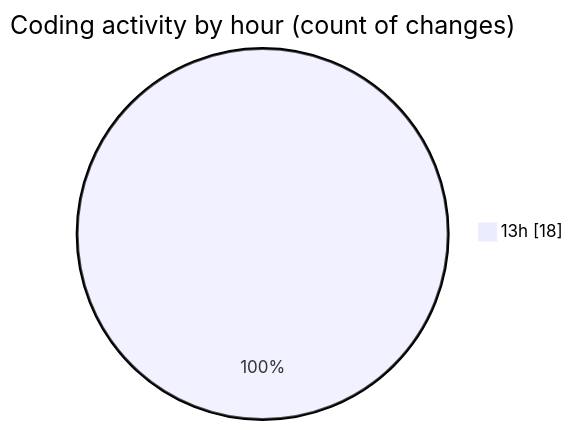
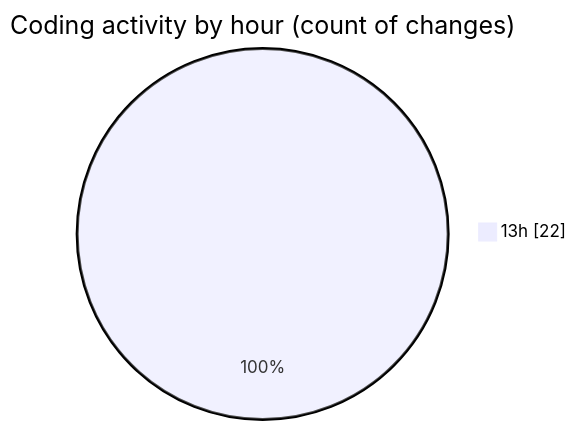
The second of 2 diagrams in 2025-06-29/whiteboard/README.md (Ritupan-Deka/code-tracking), drawn with Mermaid before and after one commit. The commit also changed other lines of this file and 1 other file, not shown here.

````diff
--- a/2025-06-29/whiteboard/README.md
+++ b/2025-06-29/whiteboard/README.md
@@ -31,5 +31,5 @@
 ```mermaid
 pie showData
 title Coding activity by hour (count of changes)
-"13h" : 18
+"13h" : 22
 ```
````
